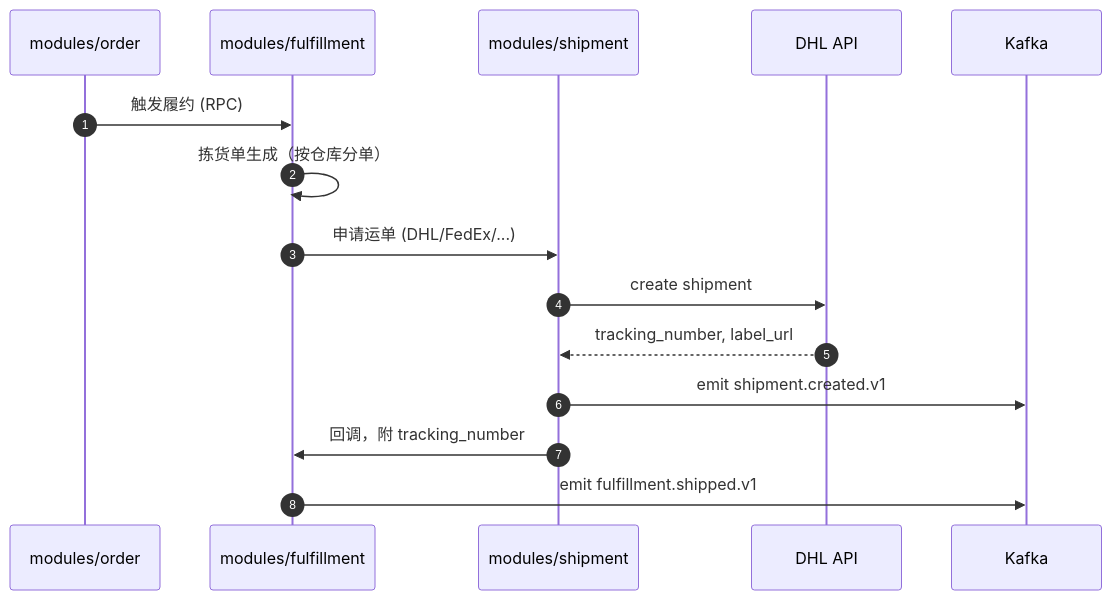
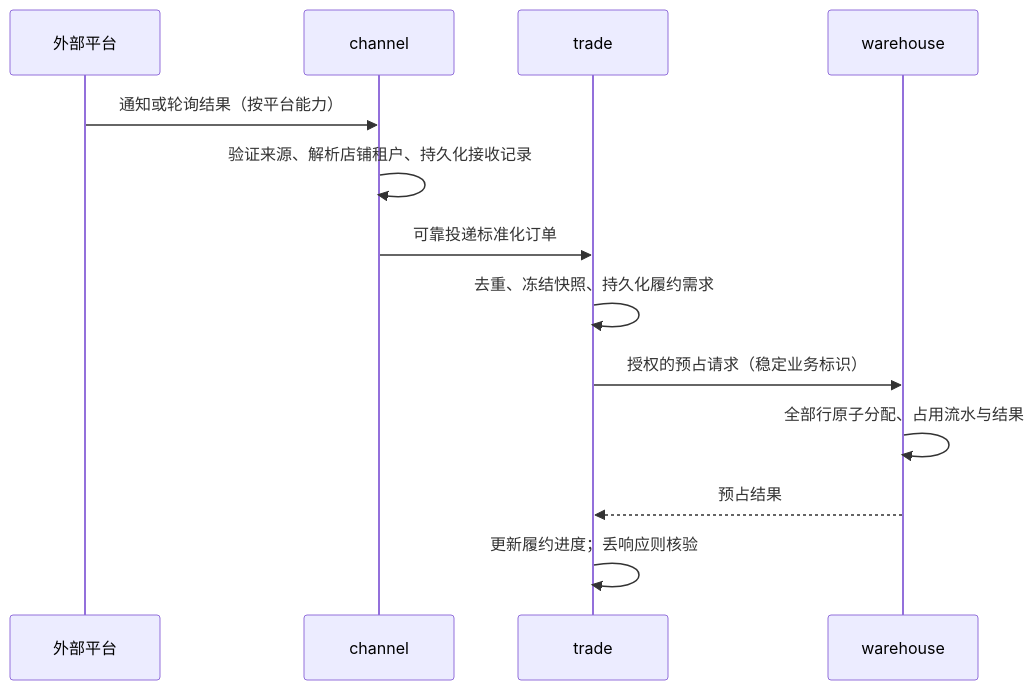
One commit to sugar-hit/starcon changed the diagram in docs/architecture/data-flow.md. Above: the diagram before and after it, drawn with Mermaid. The commit also changed other lines of this file and 15 other files, not shown here.

````diff
--- a/docs/architecture/data-flow.md
+++ b/docs/architecture/data-flow.md
@@ -56,18 +16,15 @@
 ```mermaid
 sequenceDiagram
-    autonumber
-    participant Ord as modules/order
-    participant Ful as modules/fulfillment
-    participant Ship as modules/shipment
-    participant DHL as DHL API
-    participant Q as Kafka
-
-    Ord->>Ful: 触发履约 (RPC)
-    Ful->>Ful: 拣货单生成（按仓库分单）
-    Ful->>Ship: 申请运单 (DHL/FedEx/...)
-    Ship->>DHL: create shipment
-    DHL-->>Ship: tracking_number, label_url
-    Ship->>Q: emit shipment.created.v1
-    Ship->>Ful: 回调，附 tracking_number
-    Ful->>Q: emit fulfillment.shipped.v1
+    participant Ext as 外部平台
+    participant Ch as channel
+    participant Tr as trade
+    participant Wh as warehouse
+    Ext->>Ch: 通知或轮询结果（按平台能力）
+    Ch->>Ch: 验证来源、解析店铺租户、持久化接收记录
+    Ch->>Tr: 可靠投递标准化订单
+    Tr->>Tr: 去重、冻结快照、持久化履约需求
+    Tr->>Wh: 授权的预占请求（稳定业务标识）
+    Wh->>Wh: 全部行原子分配、占用流水与结果
+    Wh-->>Tr: 预占结果
+    Tr->>Tr: 更新履约进度；丢响应则核验
 ```
````
